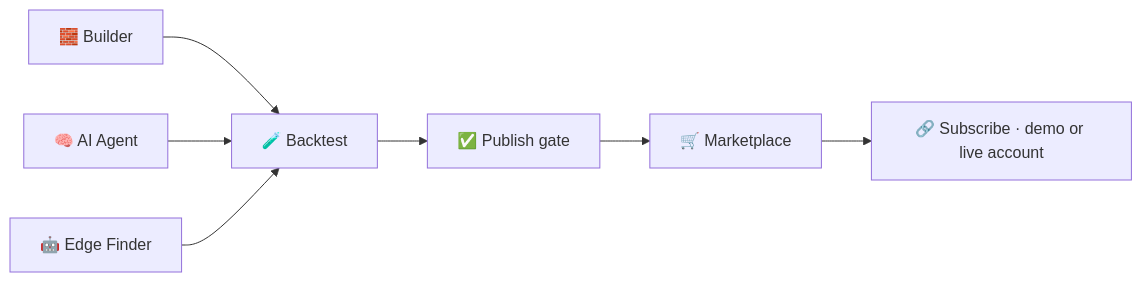
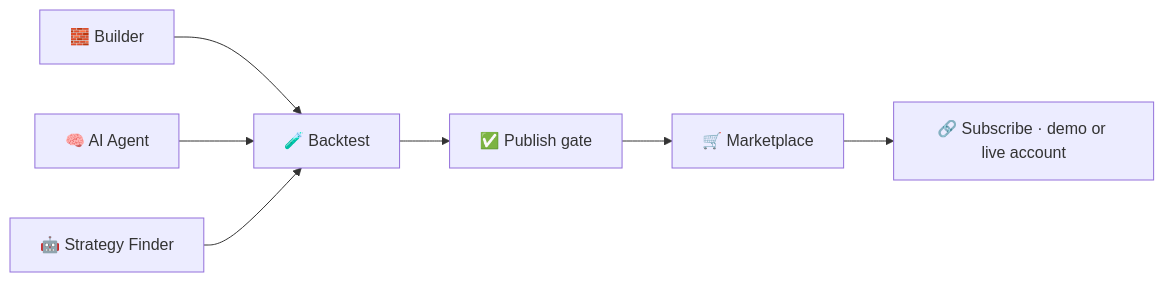
Before and after one commit to formionai/docs: the diagram in strategy-lab.md, drawn with Mermaid. The commit also changed other lines of this file and 73 other files, not shown here.

First line of the commit message:
Docs polish v2: 15 animated explainer clips, Bots hub shows only running bots, Strategy Finder name, Trading Audit limits

````diff
--- a/strategy-lab.md
+++ b/strategy-lab.md
@@ -9,9 +9,9 @@
 ```mermaid
 flowchart LR
   B["🧱 Builder"] --> BT["🧪 Backtest"]
   AI["🧠 AI Agent"] --> BT
-  EF["🤖 Edge Finder"] --> BT
+  EF["🤖 Strategy Finder"] --> BT
   BT --> PUB["✅ Publish gate"]
   PUB --> MK["🛒 Marketplace"]
   MK --> SUB["🔗 Subscribe · demo or live account"]
 ```
````
